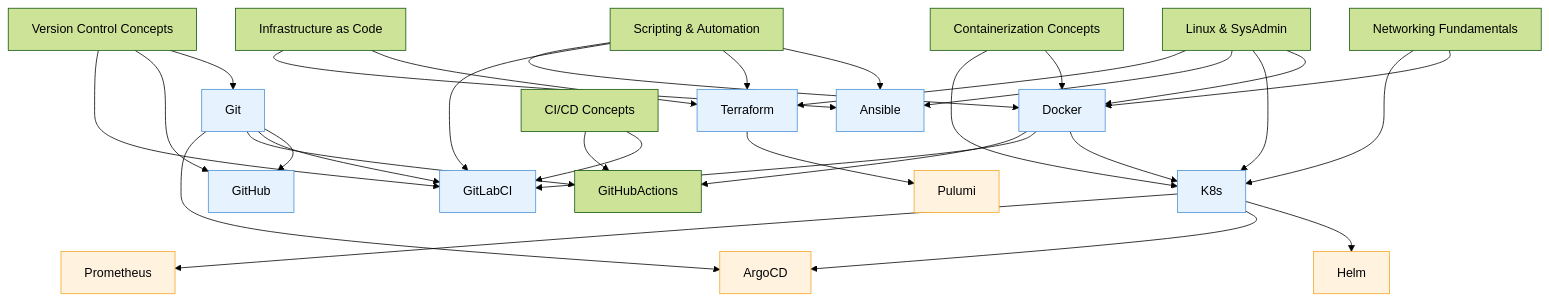
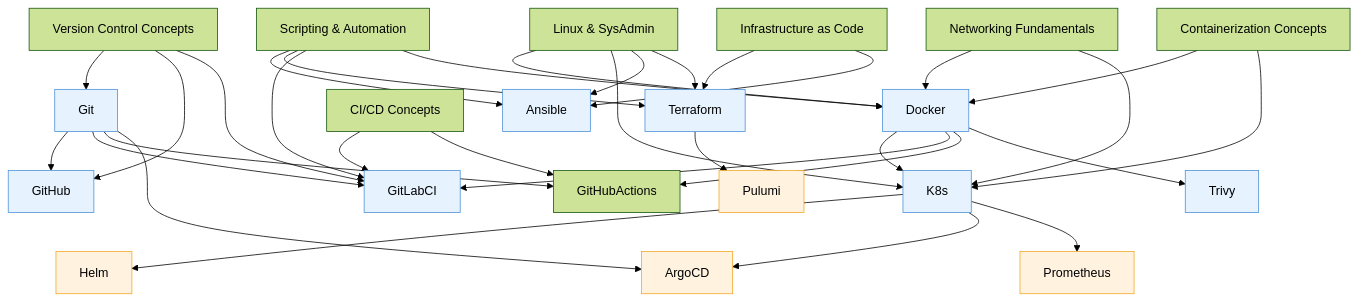
Before and after one commit to snehitha3907/DevOps-Kit: the diagram in 00_index/learning-path.md, drawn with Mermaid (forest theme). The commit also changed other lines of this file and 3 other files, not shown here.

````diff
--- a/00_index/learning-path.md
+++ b/00_index/learning-path.md
@@ -63,46 +63,47 @@
 ```mermaid
 graph TD
     VC[Version Control Concepts] --> Git
     VC --> GitHub
     VC --> GitLabCI
 
     Linux[Linux & SysAdmin] --> Docker
     Linux --> K8s
     Linux --> Ansible
     Linux --> Terraform
 
     Scripting[Scripting & Automation] --> Ansible
     Scripting --> Terraform
     Scripting --> GitLabCI
     Scripting --> Docker
 
     Network[Networking Fundamentals] --> Docker
     Network --> K8s
 
     Containers[Containerization Concepts] --> Docker
     Containers --> K8s
 
     IaC[Infrastructure as Code] --> Terraform
     IaC --> Ansible
 
     CI[CI/CD Concepts] --> GitLabCI
     CI[CI/CD Concepts] --> GitHubActions
 
     Git --> GitHub
     Git --> GitLabCI
     Git --> GitHubActions
     Docker --> K8s
     Docker --> GitLabCI
     Docker --> GitHubActions
+    Docker --> Trivy
     K8s --> Helm
     K8s --> ArgoCD
     K8s --> Prometheus
     Git --> ArgoCD
     Terraform --> Pulumi
 
     classDef hasContent fill:#e6f3ff,stroke:#4a90d9
     classDef noContent fill:#fff3e0,stroke:#f5a623
 
-    class Git,GitHub,Docker,K8s,Ansible,Terraform,GitLabCI,GithubActions hasContent
+    class Git,GitHub,Docker,K8s,Ansible,Terraform,GitLabCI,GithubActions,Trivy hasContent
     class Helm,ArgoCD,Prometheus,Pulumi,Vault noContent
 ```
````
